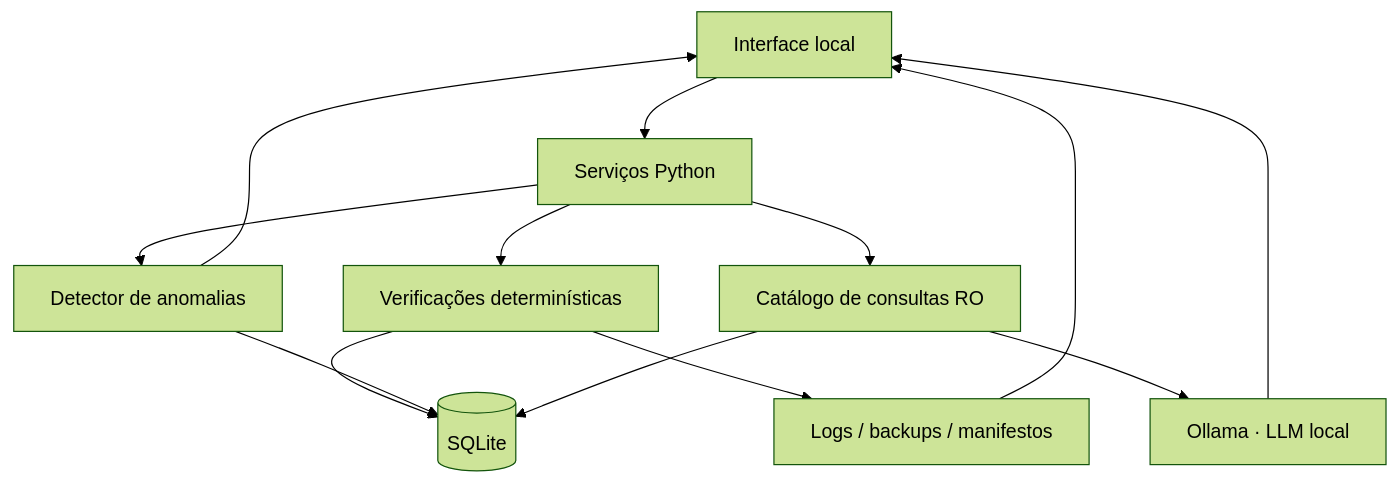
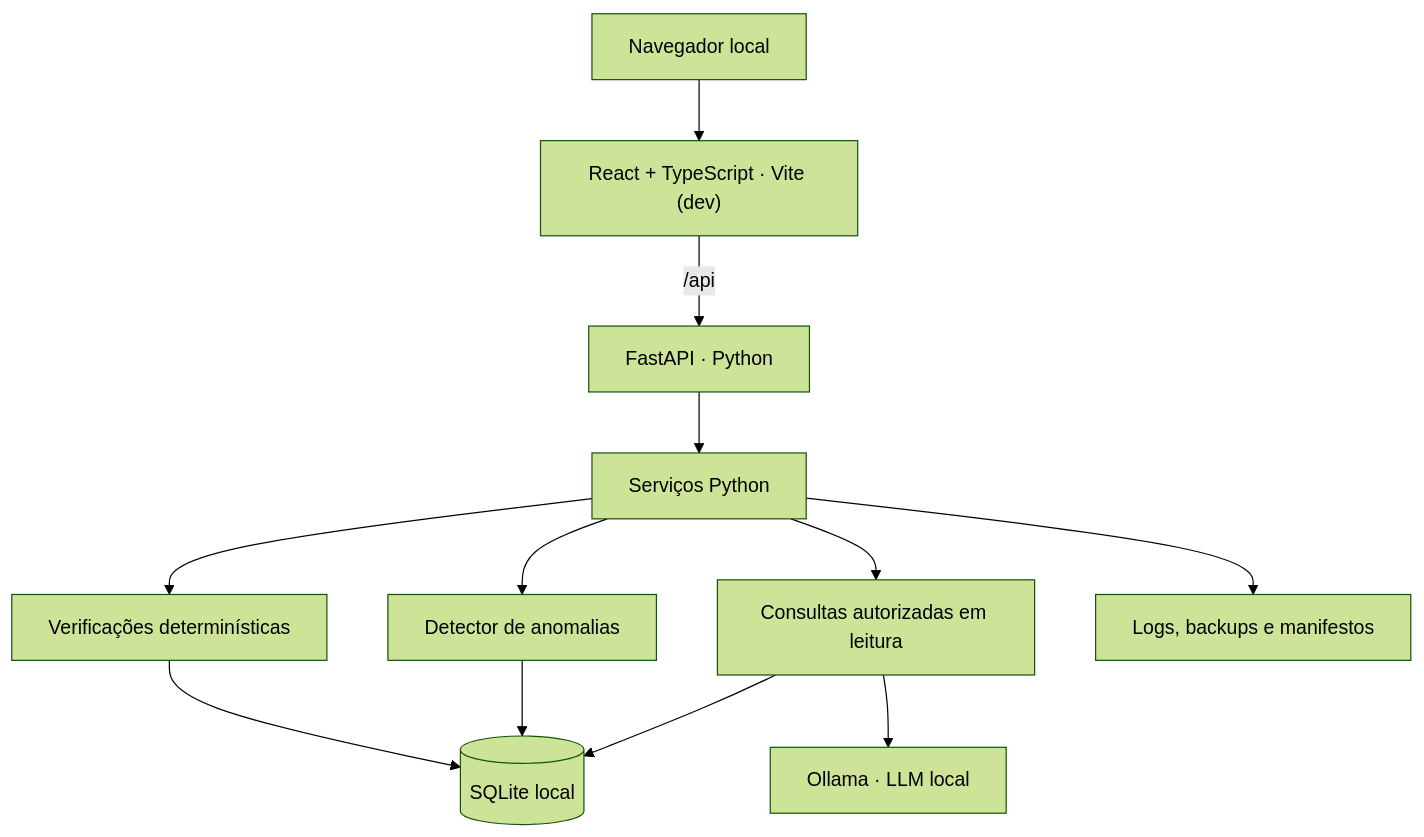
One commit to lianeheidemann/ai-privileged-access changed the diagram in docs/00-arquitetura-e-escopo.md. Above: the diagram before and after it, drawn with Mermaid (forest theme). The commit also changed other lines of this file, not shown here.

Commit message:
docs: align architecture scope with local React FastAPI stack and repository privacy

````diff
--- a/docs/00-arquitetura-e-escopo.md
+++ b/docs/00-arquitetura-e-escopo.md
@@ -40,15 +40,14 @@
-```mermaid
+~~~mermaid
 flowchart TD
-    UI["Interface local"] --> S["Serviços Python"]
+    U["Navegador local"] --> R["React + TypeScript · Vite (dev)"]
+    R -->|"/api"| F["FastAPI · Python"]
+    F --> S["Serviços Python"]
     S --> I["Verificações determinísticas"]
     S --> A["Detector de anomalias"]
-    S --> R["Catálogo de consultas RO"]
-    I --> DB[("SQLite")]
+    S --> Q["Consultas autorizadas em leitura"]
+    I --> DB[("SQLite local")]
     A --> DB
-    R --> DB
-    R --> LLM["Ollama · LLM local"]
-    I --> E["Logs / backups / manifestos"]
-    LLM --> UI
-    A --> UI
-    E --> UI
-```
+    Q --> DB
+    Q --> LLM["Ollama · LLM local"]
+    S --> E["Logs, backups e manifestos"]
+~~~
````
